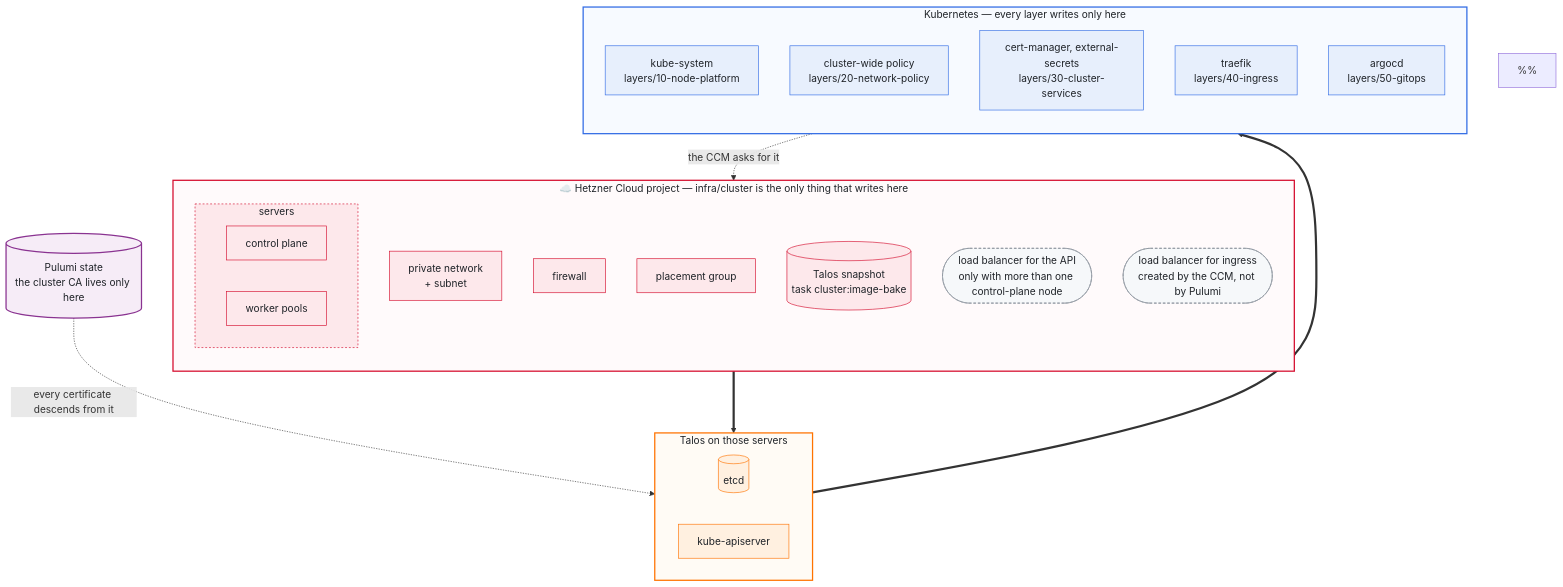
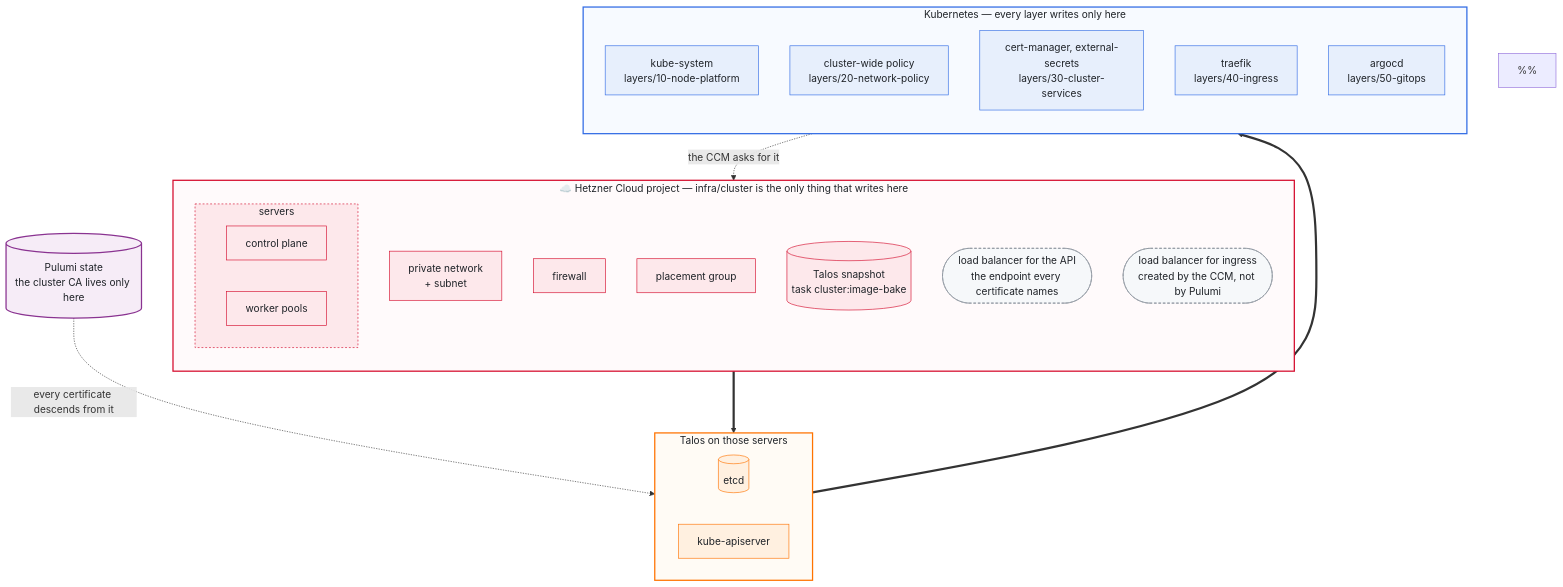
One commit to oleg-tkachuk/hetzner-iac changed the first of 3 diagrams in docs/design.md. Above: the diagram before and after it, drawn with Mermaid. The commit also changed other lines of this file and 8 other files, not shown here.

````diff
--- a/docs/design.md
+++ b/docs/design.md
@@ -12,65 +12,65 @@
 ```mermaid
 flowchart TB
     %% Palette from the README badges: Hetzner red, Talos orange, Kubernetes
     %% blue, so the header and the diagrams read as one thing and the colour
     %% says whose territory a box is in.
     %%
     %% Fills are pale and text is near-black explicitly. GitHub renders this in
     %% both themes, and a colour left to the theme picks one of them and is
     %% unreadable in the other.
     classDef hetzner fill:#fde8eb,stroke:#d50c2d,stroke-width:1px,color:#1f2328
     classDef talos fill:#fff0e0,stroke:#ff7300,stroke-width:1px,color:#1f2328
     classDef kube fill:#e7effc,stroke:#326ce5,stroke-width:1px,color:#1f2328
     classDef derived fill:#f6f8fa,stroke:#8c959f,stroke-width:1px,stroke-dasharray:4 3,color:#1f2328
     classDef state fill:#f6ecf7,stroke:#8a3391,stroke-width:2px,color:#1f2328
 
     subgraph hetzner["☁️ Hetzner Cloud project — infra/cluster is the only thing that writes here"]
         direction TB
         net["private network<br/>+ subnet"]
         fw["firewall"]
         pg["placement group"]
         snap[("Talos snapshot<br/>task cluster:image-bake")]
 
         subgraph servers["servers"]
             direction LR
             cp["control plane"]
             wk["worker pools"]
         end
 
-        apilb(["load balancer for the API<br/>only with more than one control-plane node"])
+        apilb(["load balancer for the API<br/>the endpoint every certificate names"])
         inglb(["load balancer for ingress<br/>created by the CCM, not by Pulumi"])
     end
 
     subgraph talos["Talos on those servers"]
         direction LR
         etcd[("etcd")]
         api["kube-apiserver"]
     end
 
     subgraph k8s["Kubernetes — every layer writes only here"]
         direction TB
         ks["kube-system<br/>layers/10-node-platform"]
         pol["cluster-wide policy<br/>layers/20-network-policy"]
         cmns["cert-manager, external-secrets<br/>layers/30-cluster-services"]
         tns["traefik<br/>layers/40-ingress"]
         argons["argocd<br/>layers/50-gitops"]
     end
 
     trust[("Pulumi state<br/>the cluster CA lives only here")]
 
     trust -.->|"every certificate descends from it"| talos
     servers ==> talos
     talos ==> k8s
     ks -.->|"the CCM asks for it"| inglb
 
     class net,fw,pg,snap,cp,wk hetzner
     class apilb,inglb derived
     class etcd,api talos
     class ks,pol,cmns,tns,argons kube
     class trust state
 
     style hetzner fill:#fffafb,stroke:#d50c2d,stroke-width:2px,color:#1f2328
     style servers fill:#fde8eb,stroke:#d50c2d,stroke-dasharray:3 3,color:#1f2328
     style talos fill:#fffbf5,stroke:#ff7300,stroke-width:2px,color:#1f2328
     style k8s fill:#f7faff,stroke:#326ce5,stroke-width:2px,color:#1f2328
 ```
````
